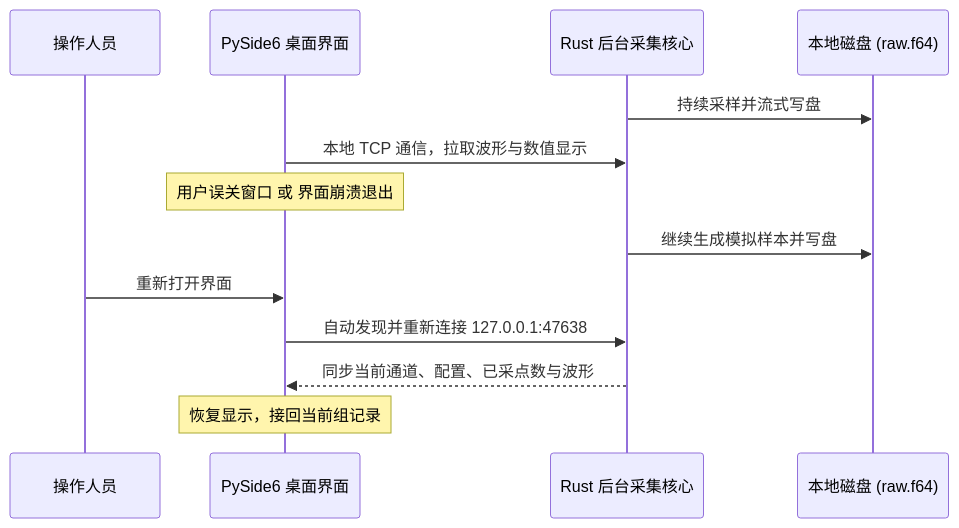
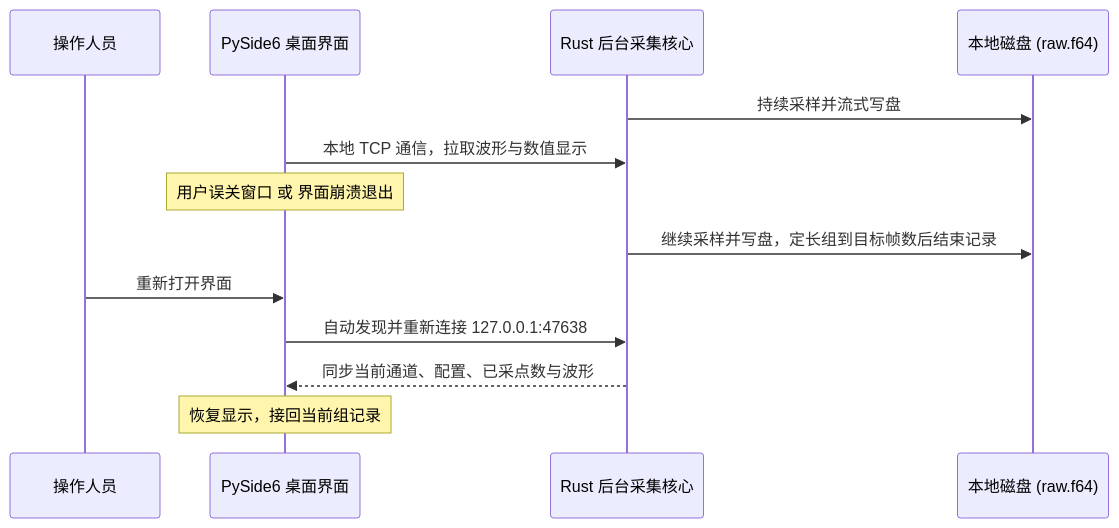
The diagram in docs/用户手册/user-guide.md (Persenz1/LabDaq), drawn with Mermaid before and after one commit. The commit also changed other lines of this file and 19 other files, not shown here.

````diff
--- a/docs/用户手册/user-guide.md
+++ b/docs/用户手册/user-guide.md
@@ -94,16 +112,16 @@
 ```mermaid
 sequenceDiagram
     participant User as 操作人员
     participant GUI as PySide6 桌面界面
     participant Core as Rust 后台采集核心
     participant Disk as 本地磁盘 (raw.f64)
 
     Core->>Disk: 持续采样并流式写盘
     GUI->>Core: 本地 TCP 通信，拉取波形与数值显示
     Note over GUI: 用户误关窗口 或 界面崩溃退出
-    Core->>Disk: 继续生成模拟样本并写盘
+    Core->>Disk: 继续采样并写盘，定长组到目标帧数后结束记录
     User->>GUI: 重新打开界面
     GUI->>Core: 自动发现并重新连接 127.0.0.1:47638
     Core-->>GUI: 同步当前通道、配置、已采点数与波形
     Note over GUI: 恢复显示，接回当前组记录
 ```
````
